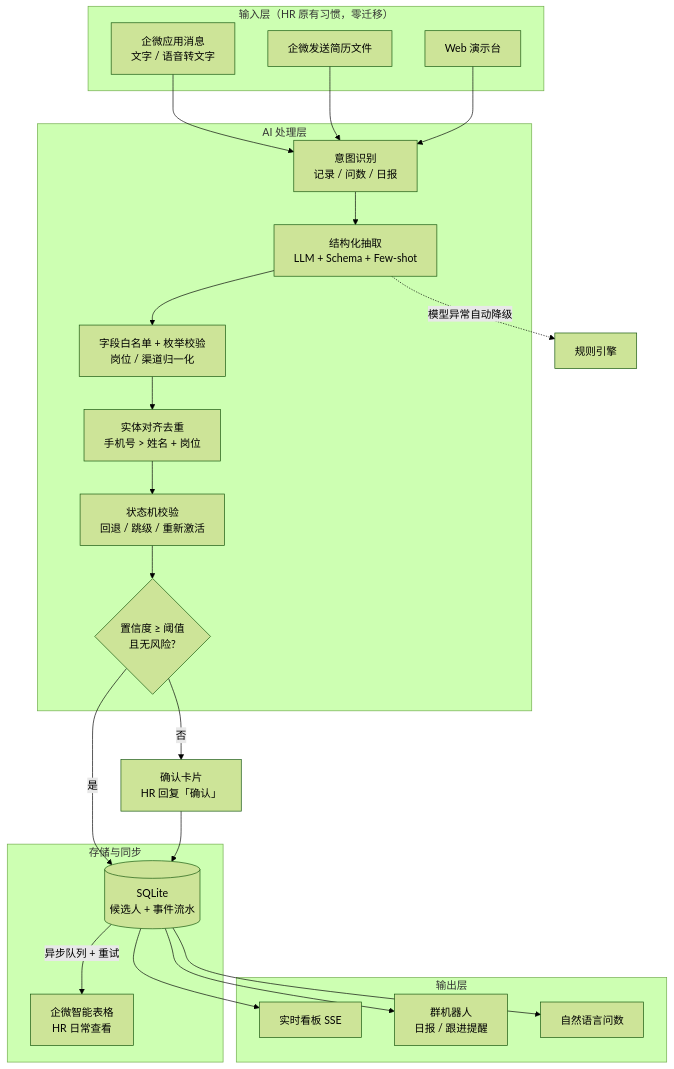
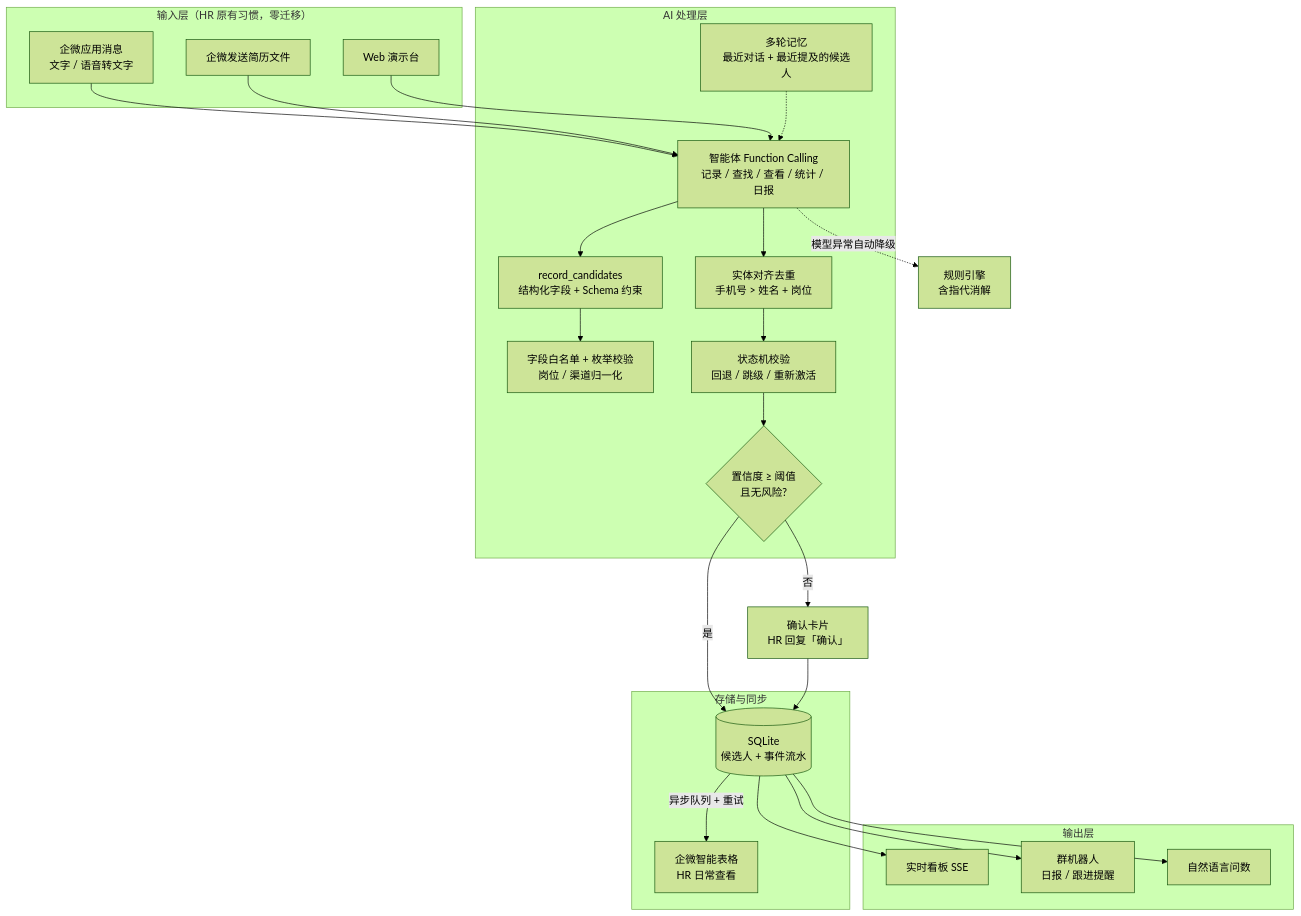
The diagram in README.md (soyorin33/recruit-ai-assistant), drawn with Mermaid (forest theme) before and after one commit. The commit also changed other lines of this file and 8 other files, not shown here.

First line of the commit message:
新增多轮对话智能体（Function Calling + 多轮记忆 + 写入护栏）

````diff
--- a/README.md
+++ b/README.md
@@ -55,31 +58,33 @@
 ```mermaid
 flowchart TB
   subgraph 输入["输入层（HR 原有习惯，零迁移）"]
     A1[企微应用消息<br/>文字 / 语音转文字]
     A2[企微发送简历文件]
     A3[Web 演示台]
   end
   subgraph AI["AI 处理层"]
-    B1[意图识别<br/>记录 / 问数 / 日报]
-    B2[结构化抽取<br/>LLM + Schema + Few-shot]
+    M[多轮记忆<br/>最近对话 + 最近提及的候选人]
+    B1[智能体 Function Calling<br/>记录 / 查找 / 查看 / 统计 / 日报]
+    B2[record_candidates<br/>结构化字段 + Schema 约束]
     B3[字段白名单 + 枚举校验<br/>岗位 / 渠道归一化]
     B4[实体对齐去重<br/>手机号 > 姓名 + 岗位]
     B5[状态机校验<br/>回退 / 跳级 / 重新激活]
     B6{置信度 ≥ 阈值<br/>且无风险?}
   end
   subgraph 数据["存储与同步"]
     C1[(SQLite<br/>候选人 + 事件流水)]
     C2[企微智能表格<br/>HR 日常查看]
   end
   subgraph 输出["输出层"]
     D1[实时看板 SSE]
     D2[群机器人<br/>日报 / 跟进提醒]
     D3[自然语言问数]
   end
-  A1 & A2 & A3 --> B1 --> B2 --> B3 --> B4 --> B5 --> B6
+  A1 & A2 & A3 --> B1 --> B2 --> B3
+  M -.-> B1 --> B4 --> B5 --> B6
   B6 -- 是 --> C1
   B6 -- 否 --> E[确认卡片<br/>HR 回复「确认」] --> C1
   C1 -- 异步队列 + 重试 --> C2
   C1 --> D1 & D2 & D3
-  B2 -. 模型异常自动降级 .-> R[规则引擎]
+  B1 -. 模型异常自动降级 .-> R[规则引擎<br/>含指代消解]
 ```
````
